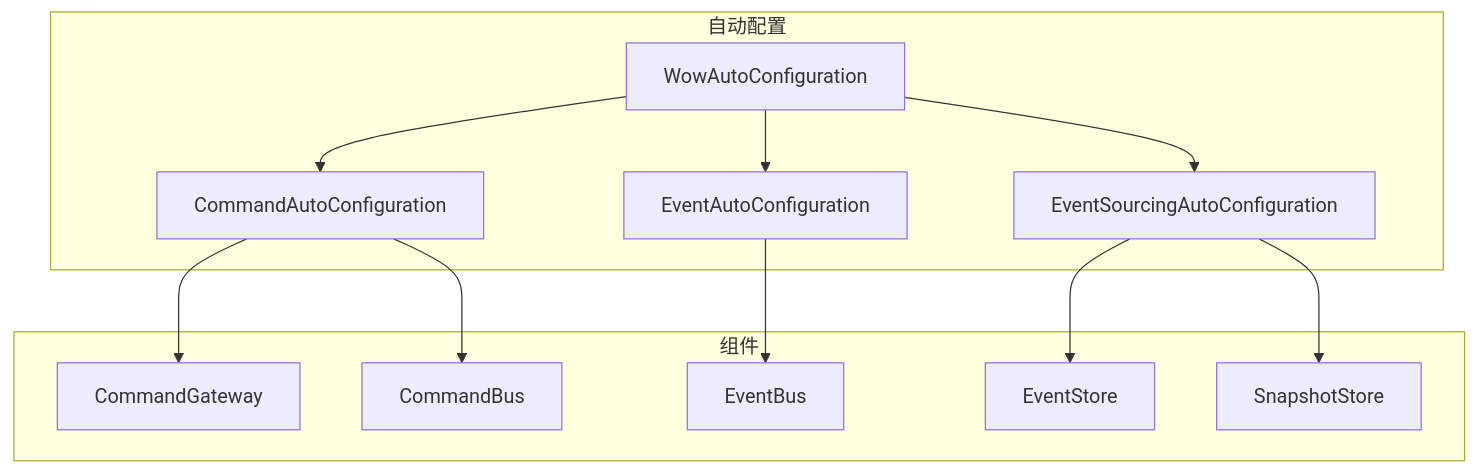
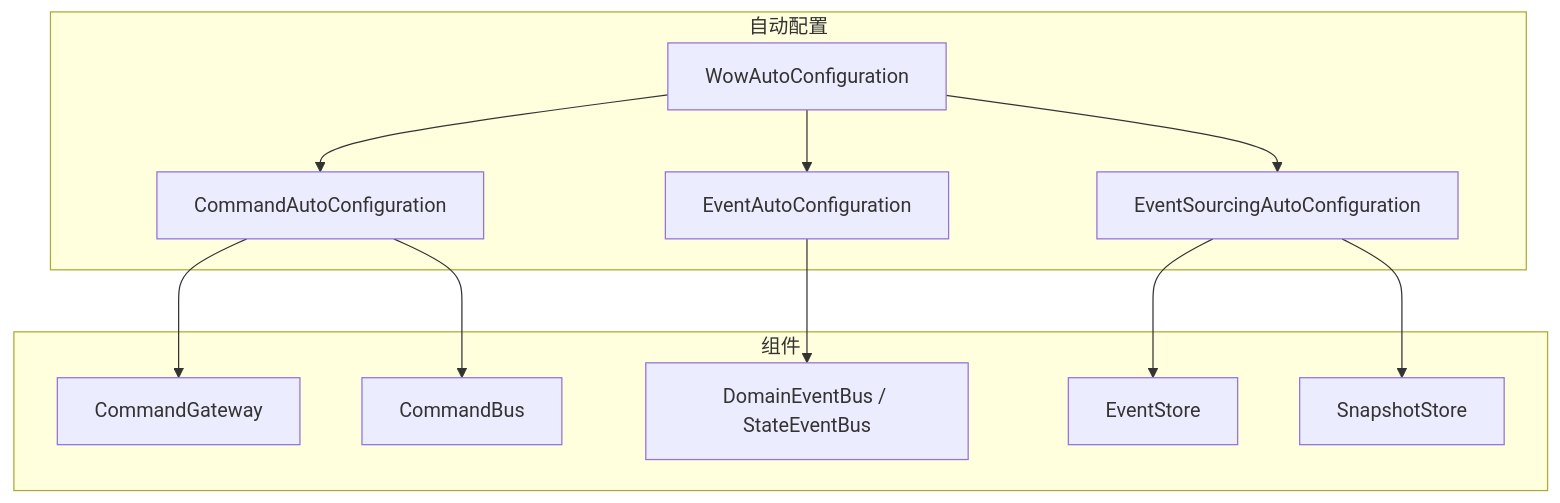
One commit to Ahoo-Wang/Wow changed the diagram in documentation/docs/zh/guide/extensions/spring-boot-starter.md. Above: the diagram before and after it, drawn with Mermaid. The commit also changed other lines of this file and 85 other files, not shown here.

````diff
--- a/documentation/docs/zh/guide/extensions/spring-boot-starter.md
+++ b/documentation/docs/zh/guide/extensions/spring-boot-starter.md
@@ -54,26 +54,26 @@
 ```mermaid
 flowchart TB
     subgraph AutoConfig["自动配置"]
         WC[WowAutoConfiguration]
         CC[CommandAutoConfiguration]
         EC[EventAutoConfiguration]
         ESC[EventSourcingAutoConfiguration]
     end
     
     subgraph Components["组件"]
         CG[CommandGateway]
         CB[CommandBus]
-        EB[EventBus]
+        EB[DomainEventBus / StateEventBus]
         ES[EventStore]
         SR[SnapshotStore]
     end
     
     WC --> CC
     WC --> EC
     WC --> ESC
     CC --> CG
     CC --> CB
     EC --> EB
     ESC --> ES
     ESC --> SR
 ```
````
